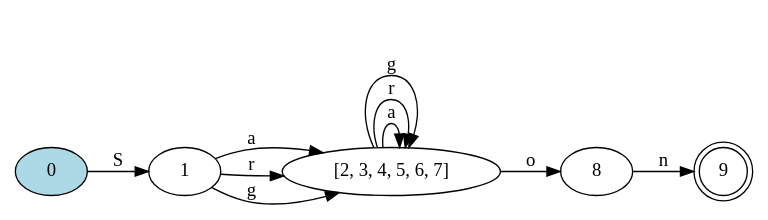
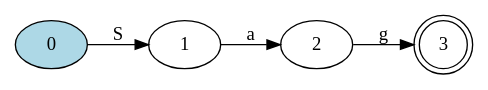
Before and after one commit to Daniel-Sima/Clone-of-the-egrep-UNIX-command: the diagram in Min-DFA.dot, drawn with Graphviz. The commit also changed 15 other files, not shown here.

```diff
--- a/Min-DFA.dot
+++ b/Min-DFA.dot
@@ -1,16 +1,10 @@
 digraph {
 	rankdir=LR;
 
-	9 [shape=doublecircle]
+	3 [shape=doublecircle]
 	0 [style=filled, fillcolor="lightblue"]
 
 	0->1 [label= "S"];
-	8->9 [label= "n"];
-	1->"[2, 3, 4, 5, 6, 7]" [label= "a"];
-	1->"[2, 3, 4, 5, 6, 7]" [label= "r"];
-	1->"[2, 3, 4, 5, 6, 7]" [label= "g"];
-	"[2, 3, 4, 5, 6, 7]"->"[2, 3, 4, 5, 6, 7]" [label= "a"];
-	"[2, 3, 4, 5, 6, 7]"->"[2, 3, 4, 5, 6, 7]" [label= "r"];
-	"[2, 3, 4, 5, 6, 7]"->"[2, 3, 4, 5, 6, 7]" [label= "g"];
-	"[2, 3, 4, 5, 6, 7]"->8 [label= "o"];
+	1->2 [label= "a"];
+	2->3 [label= "g"];
 }
```
